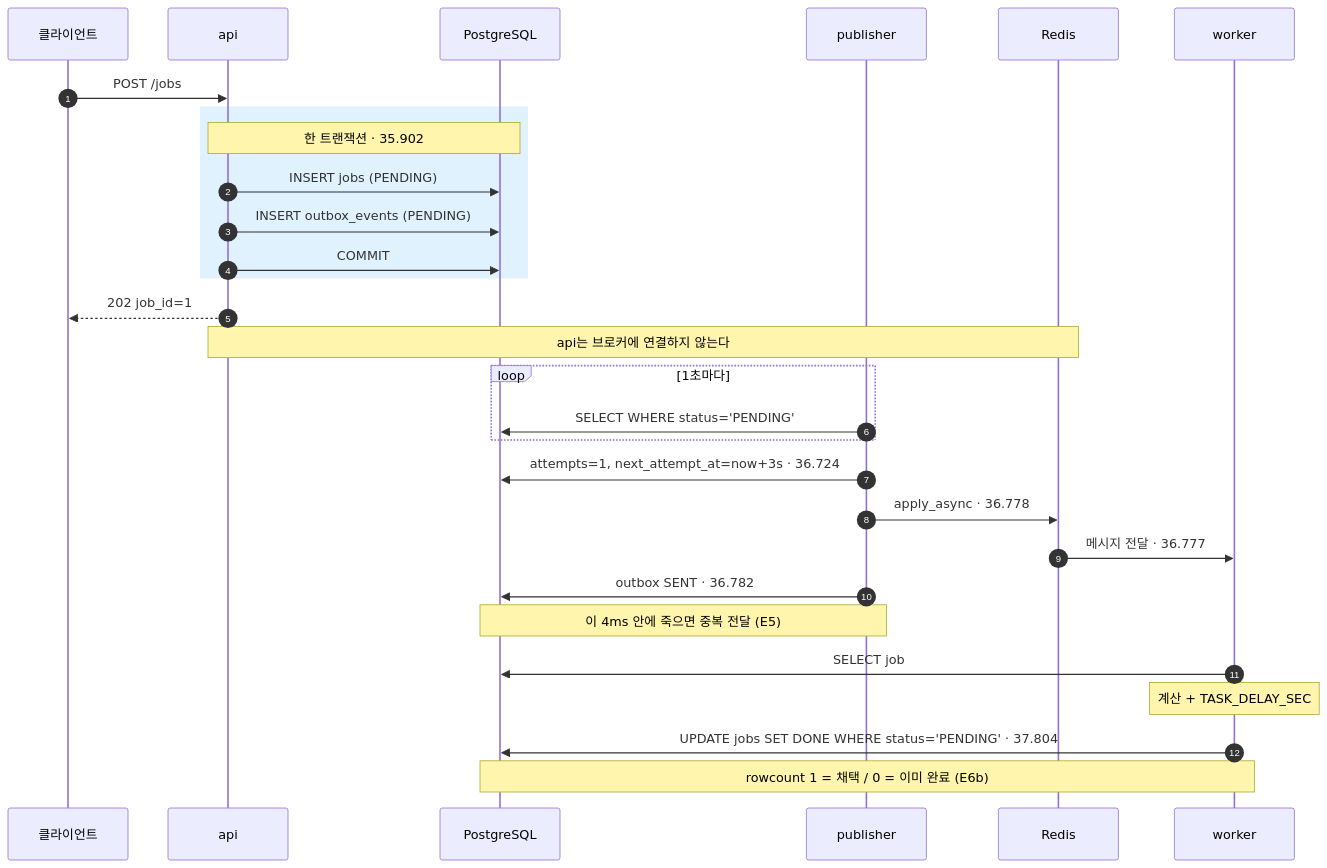
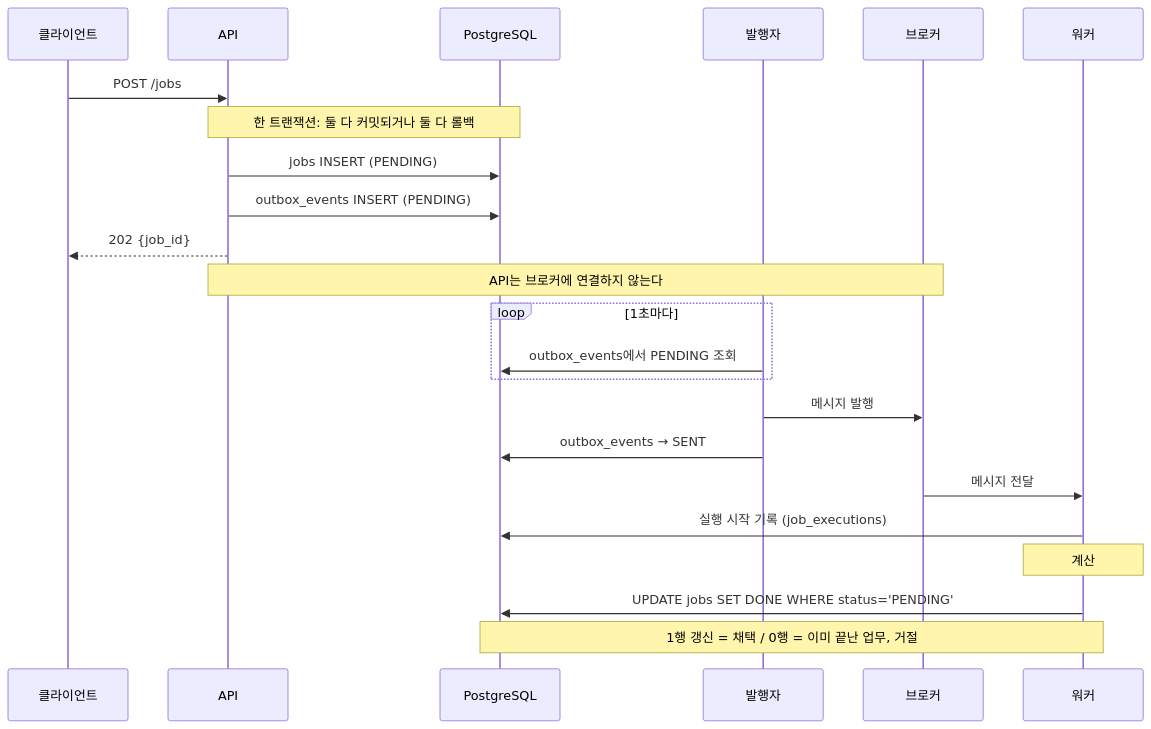
Before and after one commit to jn8366ew/retro-msg-queue: the second of 3 diagrams in README.md, drawn with Mermaid. The commit also changed other lines of this file and 1 other file, not shown here.

Commit message:
README 및 task.py 수정

````diff
--- a/README.md
+++ b/README.md
@@ -64,34 +42,28 @@
 ```mermaid
 sequenceDiagram
-    autonumber
     participant C as 클라이언트
-    participant A as api
+    participant A as API
     participant DB as PostgreSQL
-    participant P as publisher
-    participant R as Redis
-    participant W as worker
+    participant P as 발행자
+    participant B as 브로커
+    participant W as 워커
 
     C->>A: POST /jobs
-    rect rgb(224, 242, 254)
-        note over A,DB: 한 트랜잭션 · 35.902
-        A->>DB: INSERT jobs (PENDING)
-        A->>DB: INSERT outbox_events (PENDING)
-        A->>DB: COMMIT
-    end
-    A-->>C: 202 job_id=1
-    note over A,R: api는 브로커에 연결하지 않는다
+    Note over A,DB: 한 트랜잭션: 둘 다 커밋되거나 둘 다 롤백
+    A->>DB: jobs INSERT (PENDING)
+    A->>DB: outbox_events INSERT (PENDING)
+    A-->>C: 202 {job_id}
+    Note over A,B: API는 브로커에 연결하지 않는다
 
     loop 1초마다
-        P->>DB: SELECT WHERE status='PENDING'
+        P->>DB: outbox_events에서 PENDING 조회
     end
-    P->>DB: attempts=1, next_attempt_at=now+3s · 36.724
-    P->>R: apply_async · 36.778
-    R->>W: 메시지 전달 · 36.777
-    P->>DB: outbox SENT · 36.782
-    note over P,DB: 이 4ms 안에 죽으면 중복 전달 (E5)
+    P->>B: 메시지 발행
+    P->>DB: outbox_events → SENT
 
-    W->>DB: SELECT job
-    note over W: 계산 + TASK_DELAY_SEC
-    W->>DB: UPDATE jobs SET DONE WHERE status='PENDING' · 37.804
-    note over W,DB: rowcount 1 = 채택 / 0 = 이미 완료 (E6b)
+    B->>W: 메시지 전달
+    W->>DB: 실행 시작 기록 (job_executions)
+    Note over W: 계산
+    W->>DB: UPDATE jobs SET DONE WHERE status='PENDING'
+    Note over W,DB: 1행 갱신 = 채택 / 0행 = 이미 끝난 업무, 거절
 ```
````
